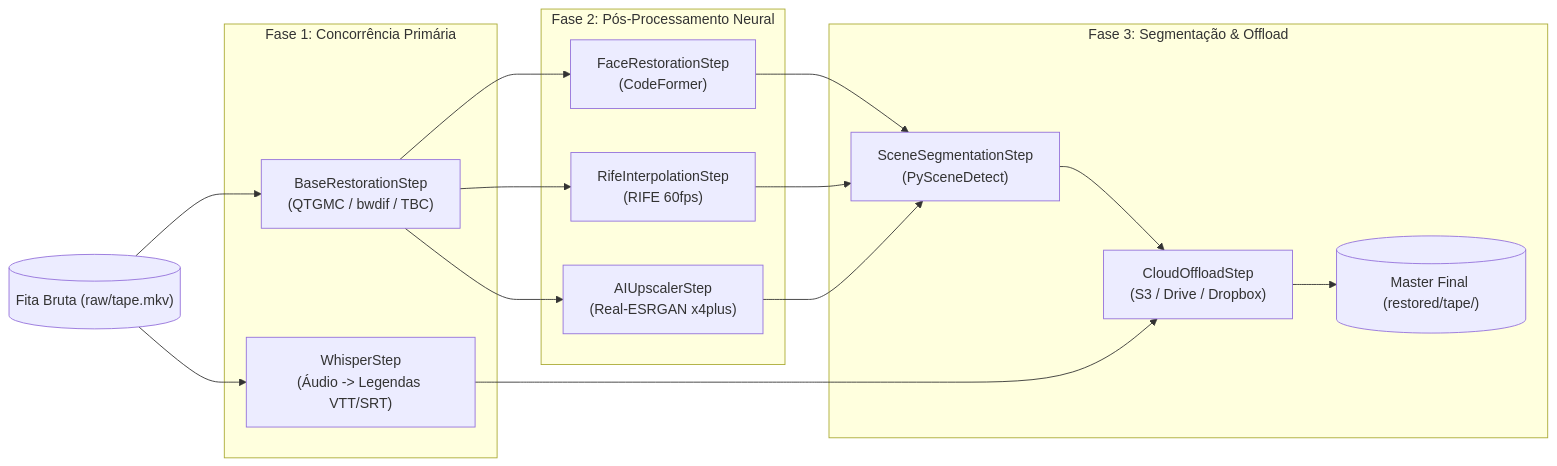
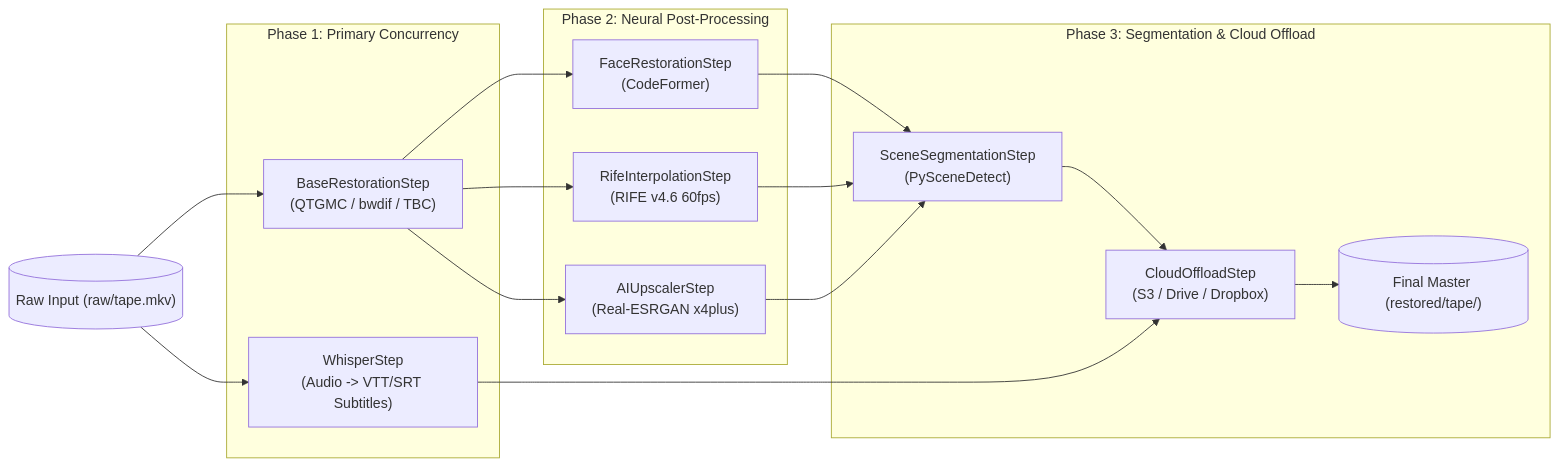
Before and after one commit to orgchrono/vhs-capture-scripts: the second of 2 diagrams in docs/ARCHITECTURE.md, drawn with Mermaid. The commit also changed other lines of this file and 17 other files, not shown here.

````diff
--- a/docs/ARCHITECTURE.md
+++ b/docs/ARCHITECTURE.md
@@ -110,33 +131,33 @@
 ```mermaid
 flowchart LR
-    RawInput[("Fita Bruta (raw/tape.mkv)")]
+    RawInput[("Raw Input (raw/tape.mkv)")]
     
-    subgraph ParallelPhase1 ["Fase 1: Concorrência Primária"]
+    subgraph ParallelPhase1 ["Phase 1: Primary Concurrency"]
         RestoreTask["BaseRestorationStep\n(QTGMC / bwdif / TBC)"]
-        WhisperTask["WhisperStep\n(Áudio -> Legendas VTT/SRT)"]
+        WhisperTask["WhisperStep\n(Audio -> VTT/SRT Subtitles)"]
     end
     
-    subgraph ParallelPhase2 ["Fase 2: Pós-Processamento Neural"]
+    subgraph ParallelPhase2 ["Phase 2: Neural Post-Processing"]
         FaceRestore["FaceRestorationStep\n(CodeFormer)"]
-        RifeTask["RifeInterpolationStep\n(RIFE 60fps)"]
+        RifeTask["RifeInterpolationStep\n(RIFE v4.6 60fps)"]
         UpscaleTask["AIUpscalerStep\n(Real-ESRGAN x4plus)"]
     end
     
-    subgraph FinalPhase ["Fase 3: Segmentação & Offload"]
+    subgraph FinalPhase ["Phase 3: Segmentation & Cloud Offload"]
         SceneSplit["SceneSegmentationStep\n(PySceneDetect)"]
         CloudSync["CloudOffloadStep\n(S3 / Drive / Dropbox)"]
-        FinalOutput[("Master Final (restored/tape/)")]
+        FinalOutput[("Final Master (restored/tape/)")]
     end
     
     RawInput --> RestoreTask
     RawInput --> WhisperTask
     RestoreTask --> FaceRestore
     RestoreTask --> RifeTask
     RestoreTask --> UpscaleTask
     FaceRestore --> SceneSplit
     RifeTask --> SceneSplit
     UpscaleTask --> SceneSplit
     SceneSplit --> CloudSync
     WhisperTask --> CloudSync
     CloudSync --> FinalOutput
 ```
````
